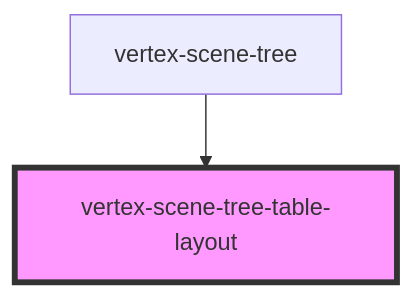
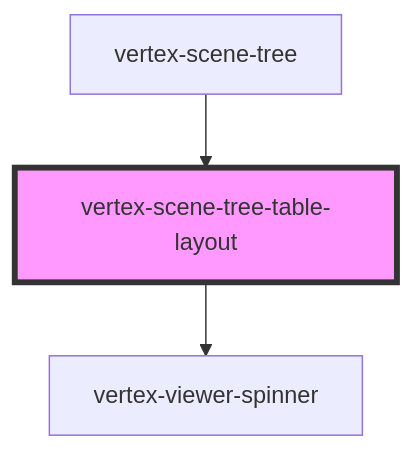
One commit to Vertexvis/vertex-web-sdk changed the diagram in packages/viewer/src/components/scene-tree-table-layout/readme.md. Above: the diagram before and after it, drawn with Mermaid. The commit also changed other lines of this file and 15 other files, not shown here.

Commit message:
[PLAT-1664] Adding UX Loading improvements to the scene tree

````diff
--- a/packages/viewer/src/components/scene-tree-table-layout/readme.md
+++ b/packages/viewer/src/components/scene-tree-table-layout/readme.md
@@ -46,5 +50,6 @@
 ```mermaid
 graph TD;
+  vertex-scene-tree-table-layout --> vertex-viewer-spinner
   vertex-scene-tree --> vertex-scene-tree-table-layout
   style vertex-scene-tree-table-layout fill:#f9f,stroke:#333,stroke-width:4px
 ```
````
